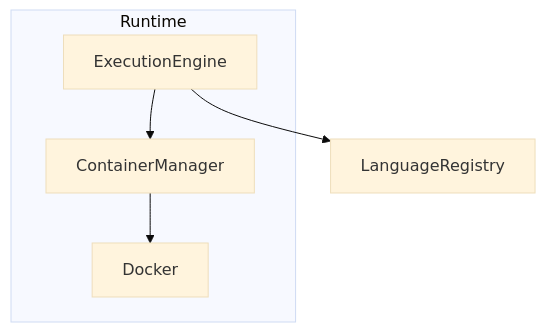
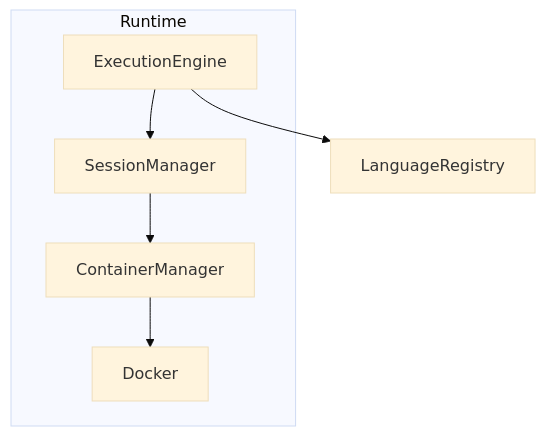
Before and after one commit to CatchTheTornado/interpreter-tools: the diagram in README.md, drawn with Mermaid (base theme). The commit also changed other lines of this file and 1 other file, not shown here.

Commit message:
feat: getSessionInfo + docs

````diff
--- a/README.md
+++ b/README.md
@@ -412,11 +414,12 @@
 ```mermaid
 graph TD;
   subgraph Runtime
     A[ExecutionEngine]
-    B[ContainerManager]
-    C[Docker]
+    B[SessionManager]
+    C[ContainerManager]
+    D[Docker]
   end
-  D[LanguageRegistry]
-  A --> B --> C
-  A --> D
+  E[LanguageRegistry]
+  A --> B --> C --> D
+  A --> E
 ```
````
